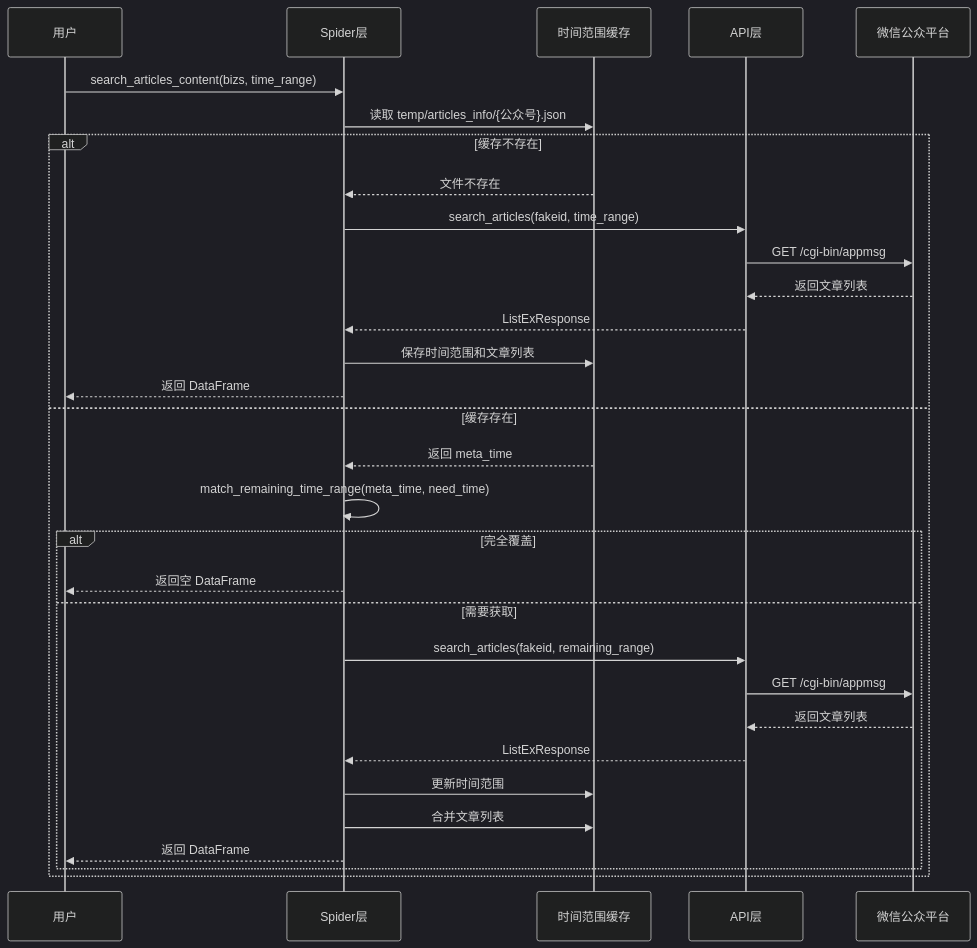
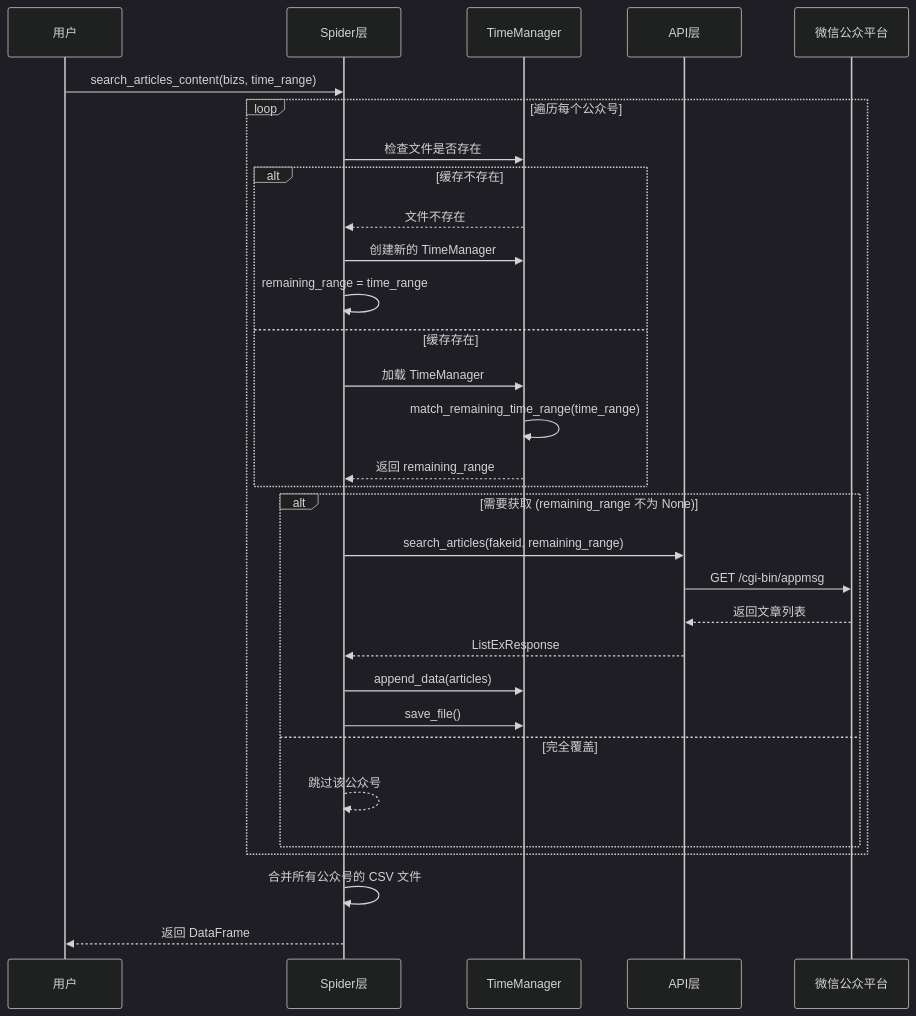
Before and after one commit to morning-start/wxmp: the third of 10 diagrams in wiki/数据流动与状态管理.md, drawn with Mermaid (dark theme). The commit also changed other lines of this file and 10 other files, not shown here.

````diff
--- a/wiki/数据流动与状态管理.md
+++ b/wiki/数据流动与状态管理.md
@@ -64,36 +70,38 @@
 ```mermaid
 sequenceDiagram
     participant User as 用户
     participant Spider as Spider层
-    participant Cache as 时间范围缓存
+    participant TM as TimeManager
     participant API as API层
     participant WxMP as 微信公众平台
 
     User->>Spider: search_articles_content(bizs, time_range)
-    Spider->>Cache: 读取 temp/articles_info/{公众号}.json
 
-    alt 缓存不存在
-        Cache-->>Spider: 文件不存在
-        Spider->>API: search_articles(fakeid, time_range)
-        API->>WxMP: GET /cgi-bin/appmsg
-        WxMP-->>API: 返回文章列表
-        API-->>Spider: ListExResponse
-        Spider->>Cache: 保存时间范围和文章列表
-        Spider-->>User: 返回 DataFrame
-    else 缓存存在
-        Cache-->>Spider: 返回 meta_time
-        Spider->>Spider: match_remaining_time_range(meta_time, need_time)
+    loop 遍历每个公众号
+        Spider->>TM: 检查文件是否存在
 
-        alt 完全覆盖
-            Spider-->>User: 返回空 DataFrame
-        else 需要获取
+        alt 缓存不存在
+            TM-->>Spider: 文件不存在
+            Spider->>TM: 创建新的 TimeManager
+            Spider->>Spider: remaining_range = time_range
+        else 缓存存在
+            Spider->>TM: 加载 TimeManager
+            TM->>TM: match_remaining_time_range(time_range)
+            TM-->>Spider: 返回 remaining_range
+        end
+
+        alt 需要获取 (remaining_range 不为 None)
             Spider->>API: search_articles(fakeid, remaining_range)
             API->>WxMP: GET /cgi-bin/appmsg
             WxMP-->>API: 返回文章列表
             API-->>Spider: ListExResponse
-            Spider->>Cache: 更新时间范围
-            Spider->>Cache: 合并文章列表
-            Spider-->>User: 返回 DataFrame
+            Spider->>TM: append_data(articles)
+            Spider->>TM: save_file()
+        else 完全覆盖
+            Spider-->>Spider: 跳过该公众号
         end
     end
+
+    Spider->>Spider: 合并所有公众号的 CSV 文件
+    Spider-->>User: 返回 DataFrame
 ```
````
